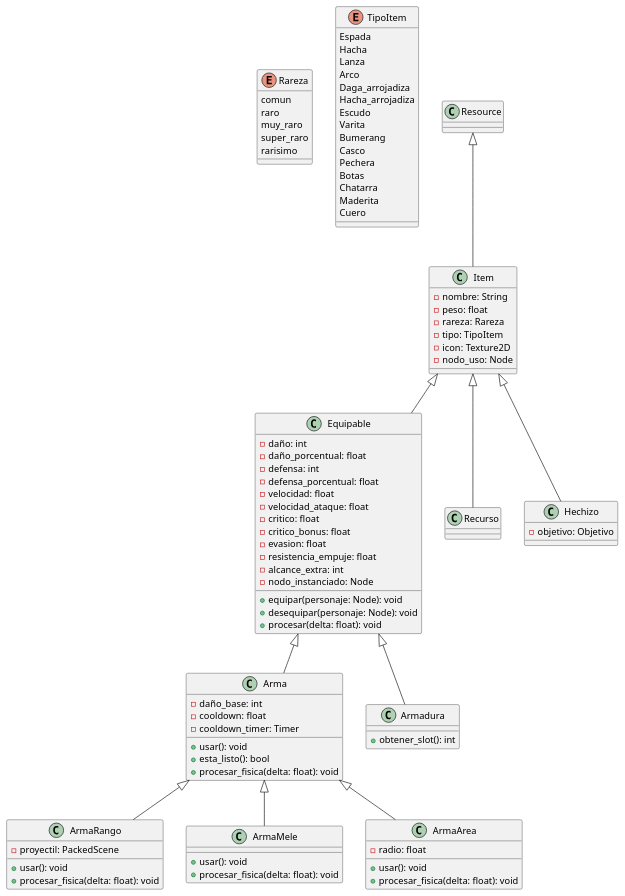
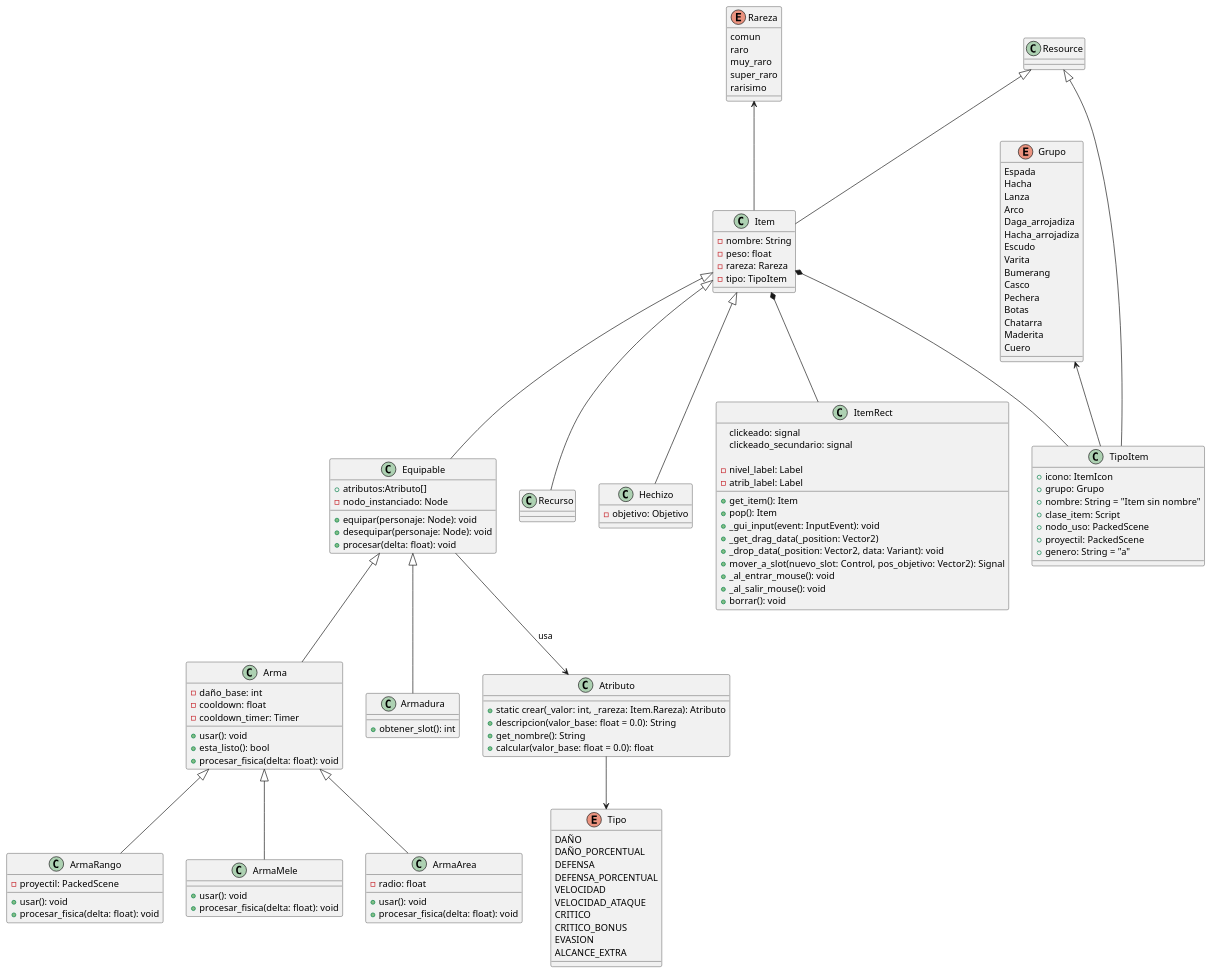
Before and after one commit to ReyCristian/bullet-kingdom-alchemist: the diagram in doc/Items.puml, drawn with PlantUML. The commit also changed 8 other files, not shown here.

```diff
--- a/doc/Items.puml
+++ b/doc/Items.puml
@@ -1,105 +1,155 @@
 @startuml Items
 
 enum Rareza {
   comun
   raro
   muy_raro
   super_raro
   rarisimo
 }
 
-enum TipoItem {
+Rareza <-- Item
+
+enum Grupo {
   Espada
   Hacha
   Lanza
   Arco
   Daga_arrojadiza
   Hacha_arrojadiza
   Escudo
   Varita
   Bumerang
   Casco
   Pechera
   Botas
   Chatarra
   Maderita
   Cuero
 }
 
+Grupo <-- TipoItem 
+
 class Resource
 
 class Item {
   - nombre: String
   - peso: float
   - rareza: Rareza
   - tipo: TipoItem
-  - icon: Texture2D
-  - nodo_uso: Node
 }
 
 class Equipable {
-  - daño: int
-  - daño_porcentual: float
-  - defensa: int
-  - defensa_porcentual: float
-  - velocidad: float
-  - velocidad_ataque: float
-  - critico: float
-  - critico_bonus: float
-  - evasion: float
-  - resistencia_empuje: float
-  - alcance_extra: int
+  + atributos:Atributo[]
   - nodo_instanciado: Node
   + equipar(personaje: Node): void
   + desequipar(personaje: Node): void
   + procesar(delta: float): void
 }
 
 class Arma {
   - daño_base: int
   - cooldown: float
   - cooldown_timer: Timer
   + usar(): void
   + esta_listo(): bool
   + procesar_fisica(delta: float): void
 }
 
 class Armadura {
   + obtener_slot(): int
 }
 
 class Recurso {
 }
 
 class Hechizo {
   - objetivo: Objetivo
 }
 
 class ArmaRango {
   - proyectil: PackedScene
   + usar(): void
   + procesar_fisica(delta: float): void
 }
 
 class ArmaMele {
   + usar(): void
   + procesar_fisica(delta: float): void
 }
 
 class ArmaArea {
   - radio: float
   + usar(): void
   + procesar_fisica(delta: float): void
 }
 
 Resource <|-- Item
 Item <|-- Equipable
 Item <|-- Recurso
 Item <|-- Hechizo
 Equipable <|-- Arma
 Equipable <|-- Armadura
 Arma <|-- ArmaRango
 Arma <|-- ArmaMele
 Arma <|-- ArmaArea
 
+class TipoItem {
+  + icono: ItemIcon
+  + grupo: Grupo
+  + nombre: String = "Item sin nombre"
+  + clase_item: Script
+  + nodo_uso: PackedScene
+  + proyectil: PackedScene
+  + genero: String = "a"
+}
+
+Resource <|-- TipoItem
+Item *-- TipoItem
+
+class Atributo {
+  + static crear(_valor: int, _rareza: Item.Rareza): Atributo
+  + descripcion(valor_base: float = 0.0): String
+  + get_nombre(): String
+  + calcular(valor_base: float = 0.0): float
+}
+
+Equipable -->Atributo : usa
+
+enum Tipo {
+  DAÑO
+  DAÑO_PORCENTUAL
+  DEFENSA
+  DEFENSA_PORCENTUAL
+  VELOCIDAD
+  VELOCIDAD_ATAQUE
+  CRITICO
+  CRITICO_BONUS
+  EVASION
+  ALCANCE_EXTRA
+}
+
+Atributo --> Tipo
+
+
+class ItemRect {
+  clickeado: signal
+  clickeado_secundario: signal
+
+  - nivel_label: Label
+  - atrib_label: Label
+
+  + get_item(): Item
+  + pop(): Item
+  + _gui_input(event: InputEvent): void
+  + _get_drag_data(_position: Vector2)
+  + _drop_data(_position: Vector2, data: Variant): void
+  + mover_a_slot(nuevo_slot: Control, pos_objetivo: Vector2): Signal
+  + _al_entrar_mouse(): void
+  + _al_salir_mouse(): void
+  + borrar(): void
+}
+
+Item *-- ItemRect
+
 @enduml
```
